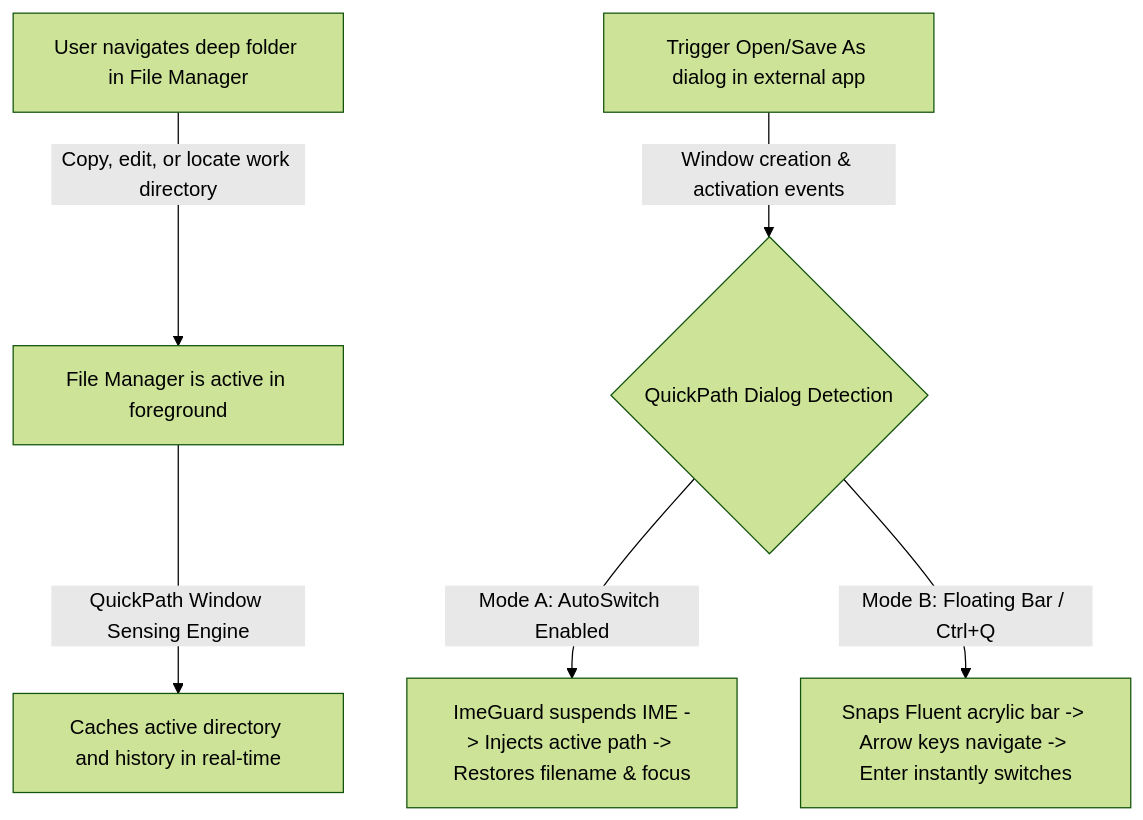
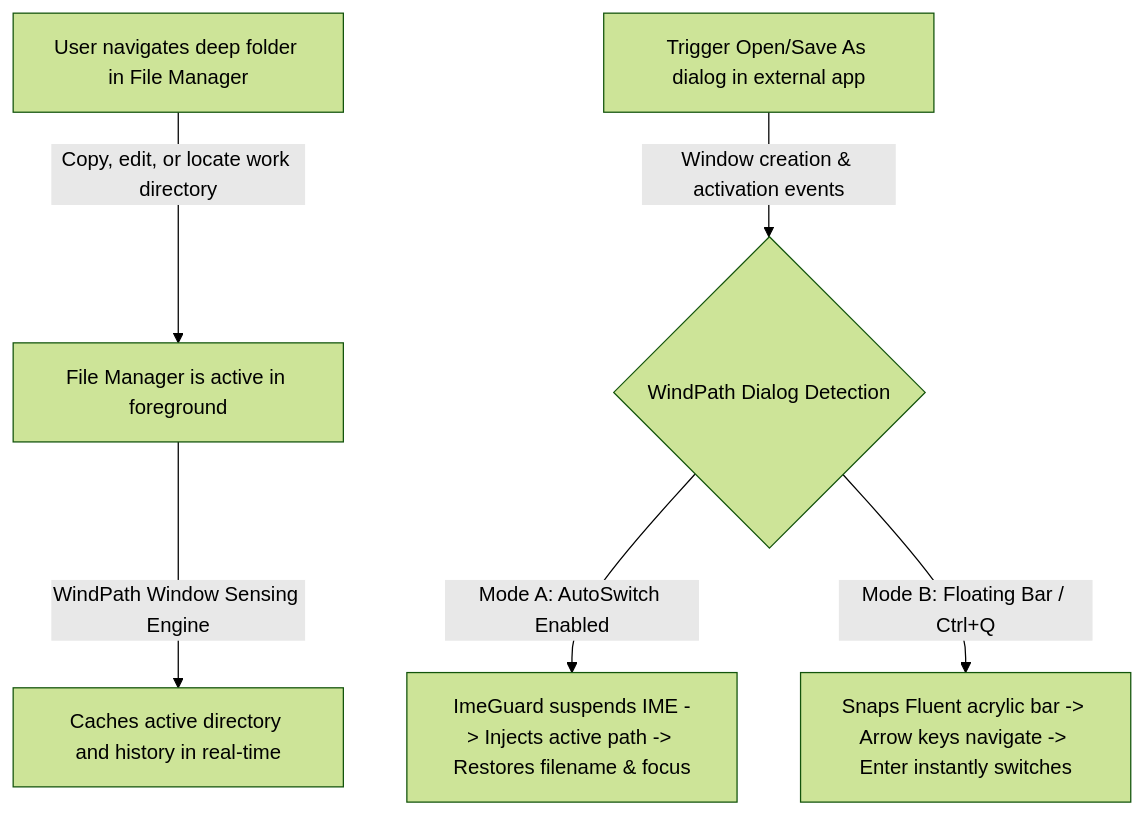
One commit to clhome/QuickPath changed the diagram in Document/User_Manual_EN.md. Above: the diagram before and after it, drawn with Mermaid (forest theme). The commit also changed other lines of this file and 3 other files, not shown here.

Commit message:
WindPath 说明书

````diff
--- a/Document/User_Manual_EN.md
+++ b/Document/User_Manual_EN.md
@@ -65,8 +69,8 @@
 ```mermaid
 graph TD
     A[User navigates deep folder in File Manager] -->|Copy, edit, or locate work directory| B[File Manager is active in foreground]
-    B -->|QuickPath Window Sensing Engine| C[Caches active directory and history in real-time]
-    D[Trigger Open/Save As dialog in external app] -->|Window creation & activation events| E{QuickPath Dialog Detection}
+    B -->|WindPath Window Sensing Engine| C[Caches active directory and history in real-time]
+    D[Trigger Open/Save As dialog in external app] -->|Window creation & activation events| E{WindPath Dialog Detection}
     E -->|Mode A: AutoSwitch Enabled| F[ImeGuard suspends IME -> Injects active path -> Restores filename & focus]
     E -->|Mode B: Floating Bar / Ctrl+Q| G[Snaps Fluent acrylic bar -> Arrow keys navigate -> Enter instantly switches]
 ```
````
